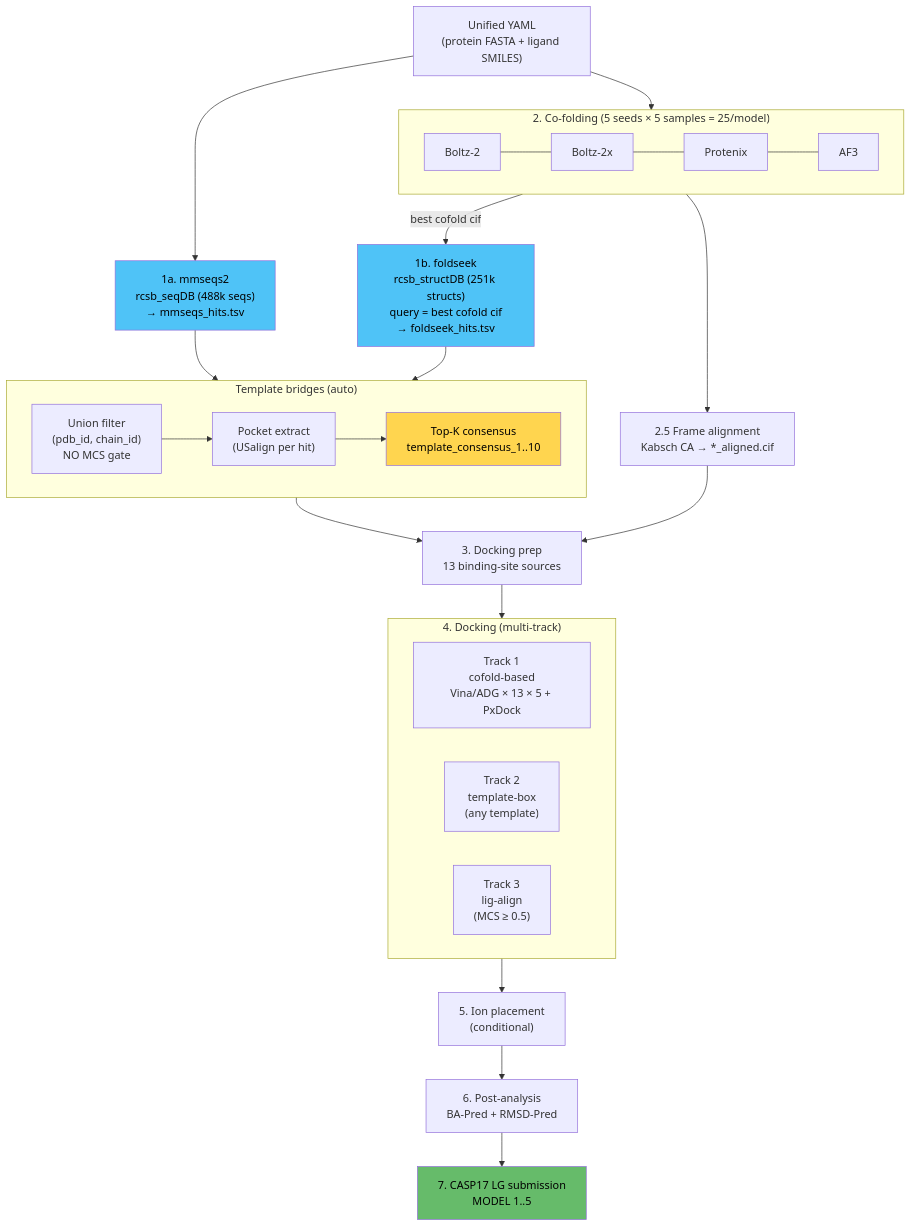
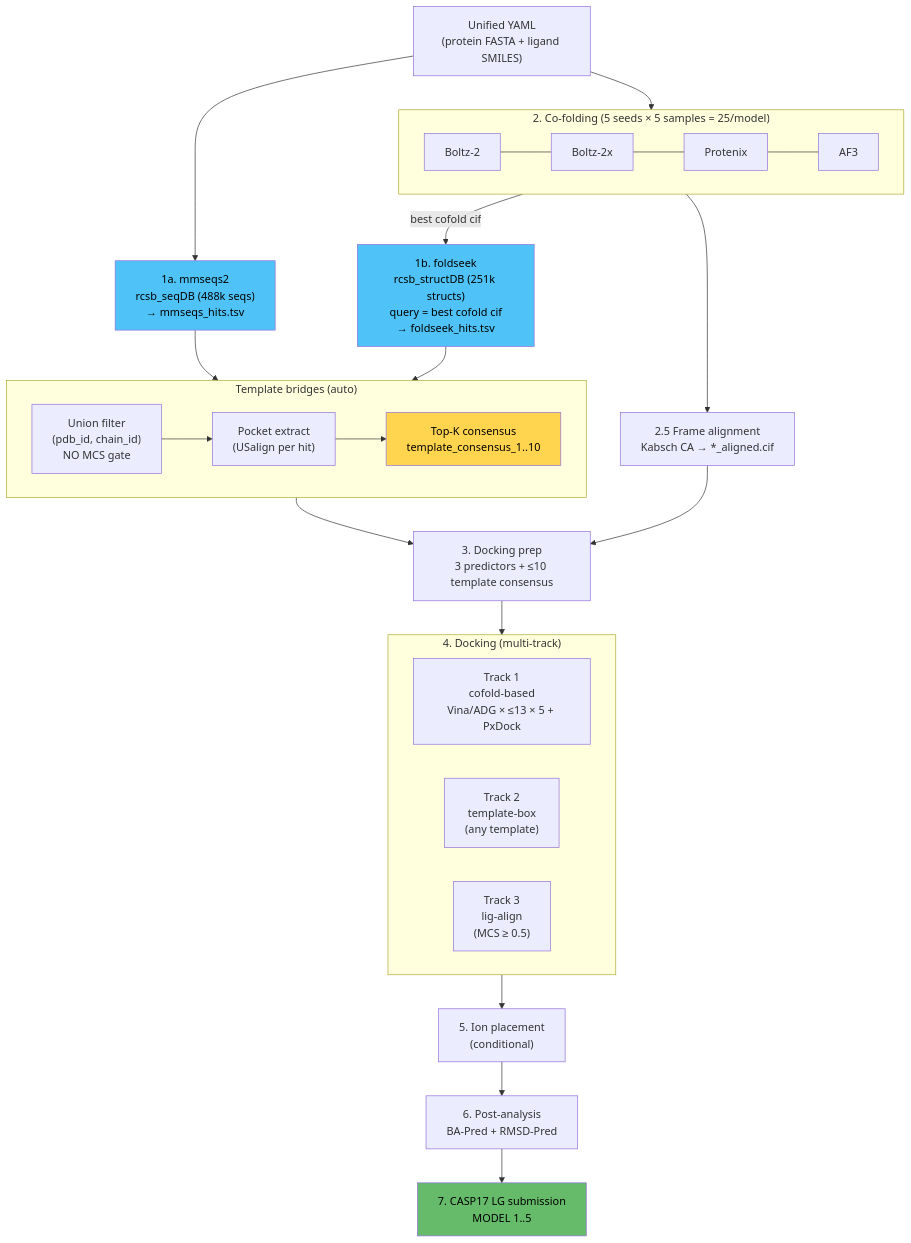
The first of 4 diagrams in docs/pipeline.md (eightmm/mosaic-pl), drawn with Mermaid before and after one commit. The commit also changed other lines of this file, not shown here.

````diff
--- a/docs/pipeline.md
+++ b/docs/pipeline.md
@@ -11,50 +11,50 @@
 ```mermaid
 flowchart TB
     INPUT["Unified YAML\n(protein FASTA + ligand SMILES)"]
 
     MM["1a. mmseqs2\nrcsb_seqDB (488k seqs)\n→ mmseqs_hits.tsv"]
 
     subgraph S2["2. Co-folding (5 seeds × 5 samples = 25/model)"]
         direction LR
         B2["Boltz-2"] --- B2X["Boltz-2x"] --- PTX["Protenix"] --- AF3["AF3"]
     end
 
     FS["1b. foldseek\nrcsb_structDB (251k structs)\nquery = best cofold cif\n→ foldseek_hits.tsv"]
 
     subgraph SB["Template bridges (auto)"]
         direction LR
         F1["Union filter\n(pdb_id, chain_id)\nNO MCS gate"] --> F2["Pocket extract\n(USalign per hit)"] --> F3["Top-K consensus\ntemplate_consensus_1..10"]
     end
 
     AL["2.5 Frame alignment\nKabsch CA → *_aligned.cif"]
-    PREP["3. Docking prep\n13 binding-site sources"]
+    PREP["3. Docking prep\n3 predictors + ≤10 template consensus"]
 
     subgraph S5["4. Docking (multi-track)"]
         direction LR
-        T1["Track 1\ncofold-based\nVina/ADG × 13 × 5 + PxDock"]
+        T1["Track 1\ncofold-based\nVina/ADG × ≤13 × 5 + PxDock"]
         T2["Track 2\ntemplate-box\n(any template)"]
         T3["Track 3\nlig-align\n(MCS ≥ 0.5)"]
     end
 
     ION["5. Ion placement\n(conditional)"]
     POST["6. Post-analysis\nBA-Pred + RMSD-Pred"]
     LG["7. CASP17 LG submission\nMODEL 1..5"]
 
     INPUT --> MM
     INPUT --> S2
     S2 -->|"best cofold cif"| FS
     MM --> SB
     FS --> SB
     S2 --> AL
     SB --> PREP
     AL --> PREP
     PREP --> S5
     S5 --> ION
     ION --> POST
     POST --> LG
 
     style MM fill:#4fc3f7,color:#000
     style FS fill:#4fc3f7,color:#000
     style F3 fill:#ffd54f,color:#000
     style LG fill:#66bb6a,color:#000
 ```
````
